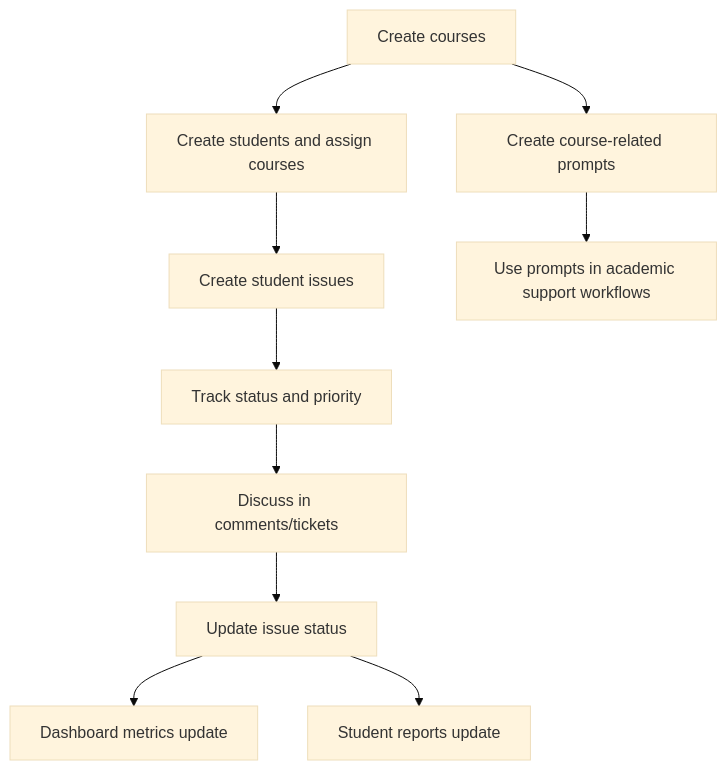
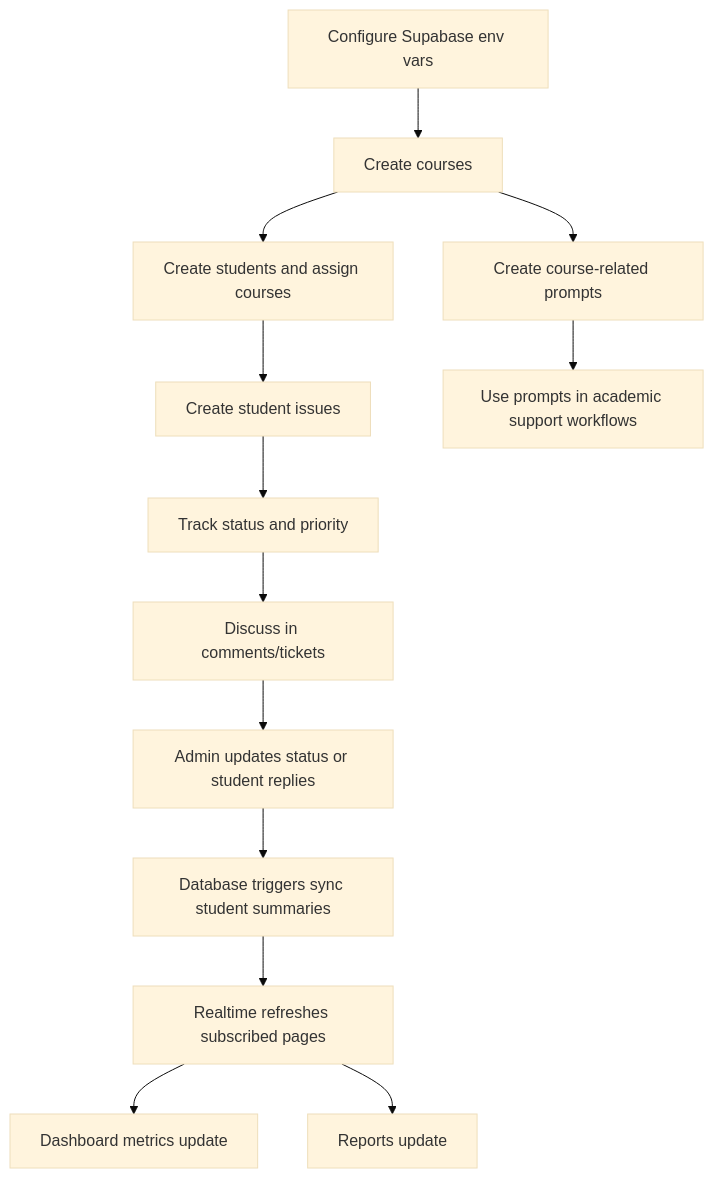
Diagram 16 of 16 in SYSTEM_FLOW.md (muhammadjamshed7/Assignmentwork), drawn with Mermaid (base theme) before and after one commit. The commit also changed other lines of this file and 56 other files, not shown here.

````diff
--- a/SYSTEM_FLOW.md
+++ b/SYSTEM_FLOW.md
@@ -392,12 +563,15 @@
 ```mermaid
 flowchart TD
-  AddCourses[Create courses] --> AddStudents[Create students and assign courses]
+  ConfigureSupabase[Configure Supabase env vars] --> AddCourses[Create courses]
+  AddCourses --> AddStudents[Create students and assign courses]
   AddStudents --> AddIssues[Create student issues]
   AddIssues --> Triage[Track status and priority]
   Triage --> Comments[Discuss in comments/tickets]
-  Comments --> StatusUpdates[Update issue status]
-  StatusUpdates --> Dashboard[Dashboard metrics update]
-  StatusUpdates --> Reports[Student reports update]
+  Comments --> StatusUpdates[Admin updates status or student replies]
+  StatusUpdates --> DbTriggers[Database triggers sync student summaries]
+  DbTriggers --> Realtime[Realtime refreshes subscribed pages]
+  Realtime --> Dashboard[Dashboard metrics update]
+  Realtime --> Reports[Reports update]
   AddCourses --> Prompts[Create course-related prompts]
   Prompts --> Support[Use prompts in academic support workflows]
 ```
````
